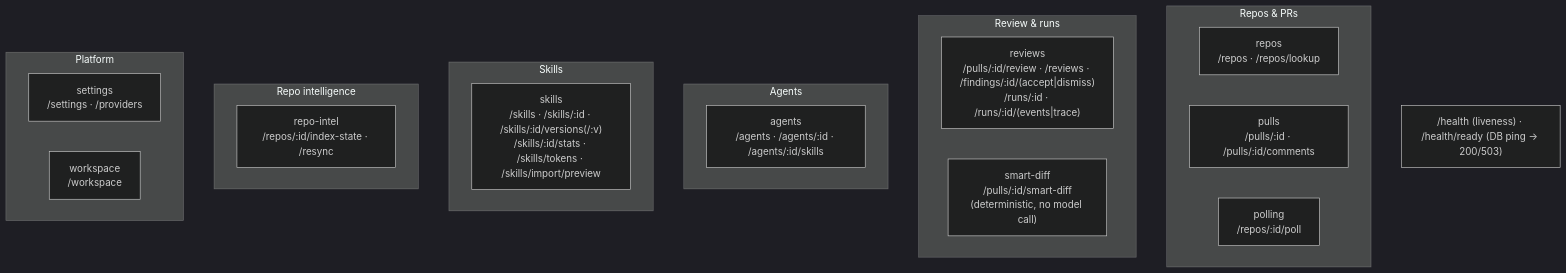
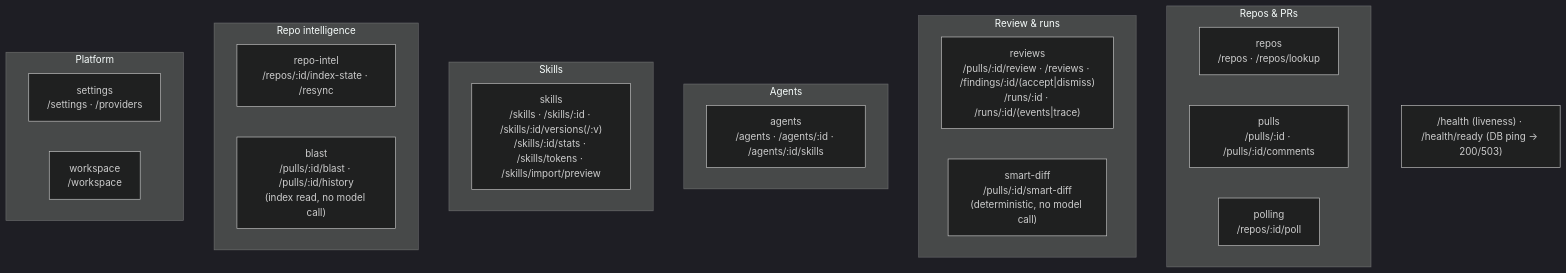
One commit to Svyat90/dev-digest changed the second of 2 diagrams in server/README.md. Above: the diagram before and after it, drawn with Mermaid (dark theme). The commit also changed 6 other files, not shown here.

````diff
--- a/server/README.md
+++ b/server/README.md
@@ -64,26 +64,27 @@
 ```mermaid
 flowchart TB
   subgraph Repos_PRs["Repos & PRs"]
     repos["repos<br/>/repos · /repos/lookup"]
     pulls["pulls<br/>/pulls/:id · /pulls/:id/comments"]
     polling["polling<br/>/repos/:id/poll"]
   end
   subgraph Review["Review & runs"]
     reviews["reviews<br/>/pulls/:id/review · /reviews · /findings/:id/(accept|dismiss)<br/>/runs/:id · /runs/:id/(events|trace)"]
     smartDiff["smart-diff<br/>/pulls/:id/smart-diff<br/>(deterministic, no model call)"]
   end
   subgraph Agents["Agents"]
     agents["agents<br/>/agents · /agents/:id · /agents/:id/skills"]
   end
   subgraph Skills["Skills"]
     skills["skills<br/>/skills · /skills/:id · /skills/:id/versions(/:v)<br/>/skills/:id/stats · /skills/tokens · /skills/import/preview"]
   end
   subgraph Intel["Repo intelligence"]
     repoIntel["repo-intel<br/>/repos/:id/index-state · /resync"]
+    blast["blast<br/>/pulls/:id/blast · /pulls/:id/history<br/>(index read, no model call)"]
   end
   subgraph Platform["Platform"]
     settings["settings<br/>/settings · /providers"]
     workspace["workspace<br/>/workspace"]
   end
   HEALTH["/health (liveness) · /health/ready (DB ping → 200/503)"]
 ```
````
